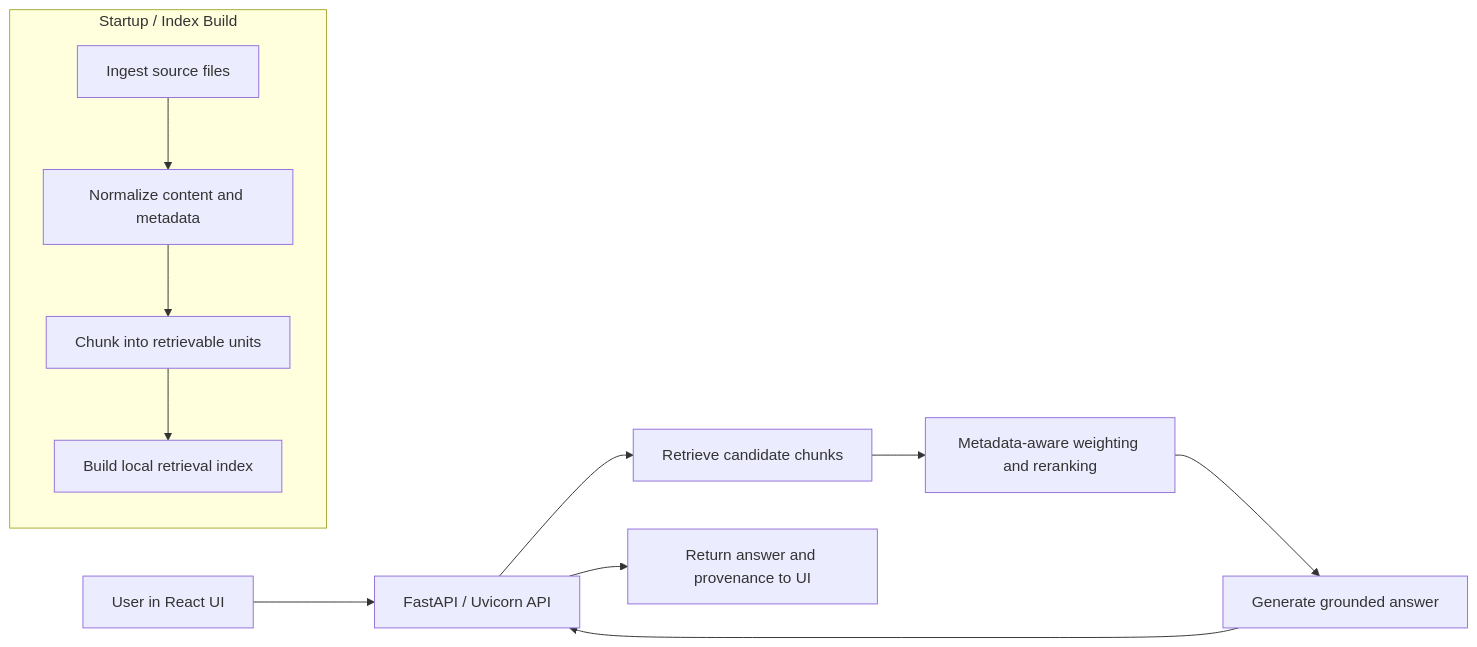
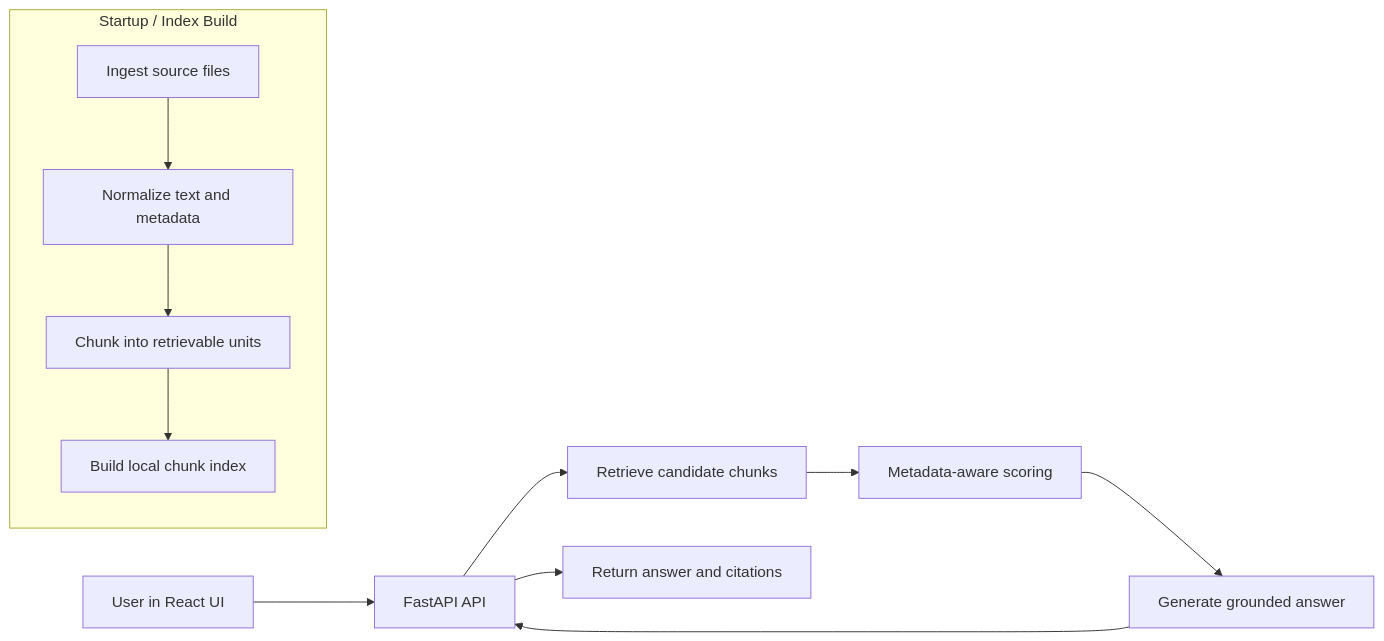
Before and after one commit to ttransou/SCARAG: the diagram in README.md, drawn with Mermaid. The commit also changed other lines of this file and 9 other files, not shown here.

````diff
--- a/README.md
+++ b/README.md
@@ -87,15 +69,15 @@
 ```mermaid
 graph LR
     subgraph Startup_Index_Build [Startup / Index Build]
-        A[Ingest source files] --> B[Normalize content and metadata]
+        A[Ingest source files] --> B[Normalize text and metadata]
         B --> C[Chunk into retrievable units]
-        C --> D[Build local retrieval index]
+        C --> D[Build local chunk index]
     end
 
-    E[User in React UI] --> F[FastAPI / Uvicorn API]
+    E[User in React UI] --> F[FastAPI API]
     F --> G[Retrieve candidate chunks]
-    G --> H[Metadata-aware weighting and reranking]
+    G --> H[Metadata-aware scoring]
     H --> I[Generate grounded answer]
     I --> F
-    F --> J[Return answer and provenance to UI]
+    F --> J[Return answer and citations]
 ```
````
